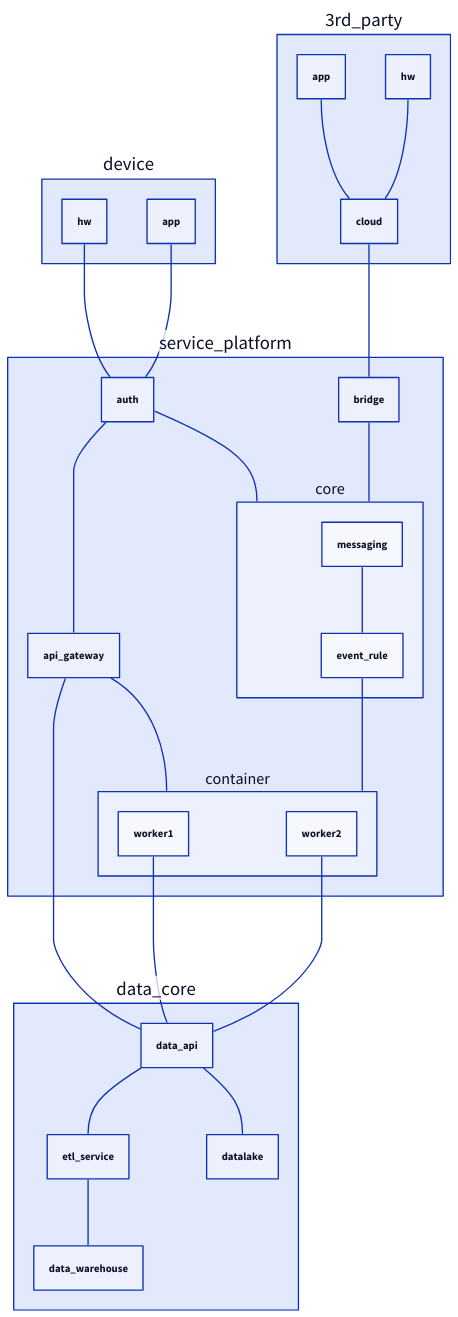
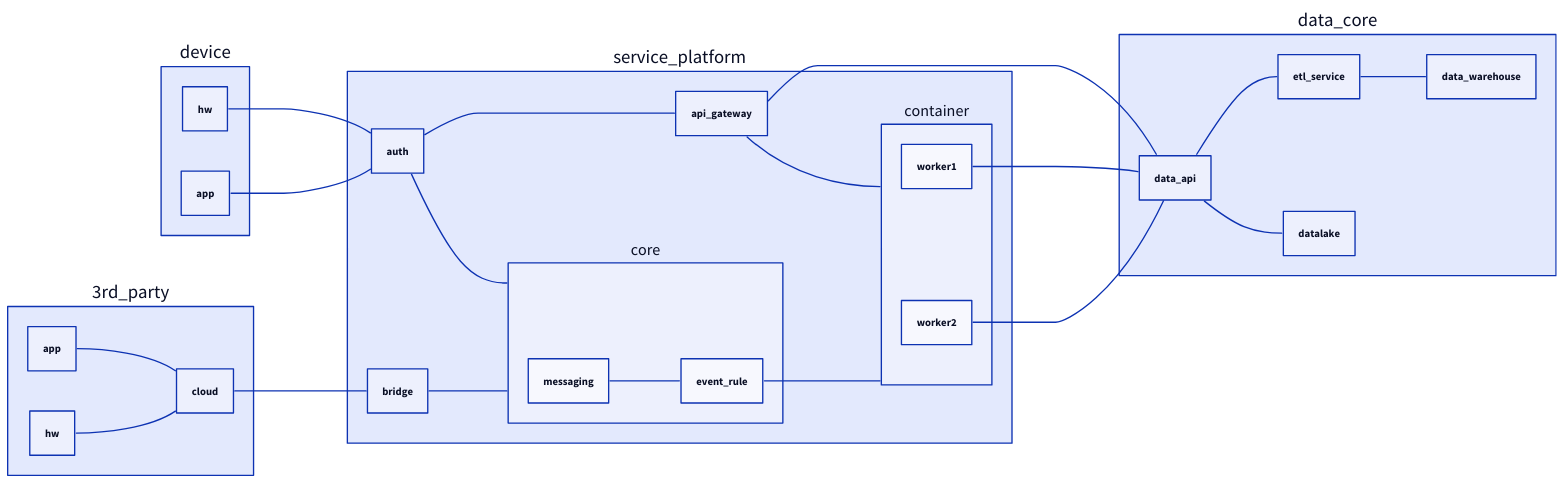
One commit to devchan64/devchan64.github.io changed the diagram in _posts/2024-11-01-message-architecture-and-operational-design.md. Above: the diagram before and after it, drawn with D2. The commit also changed 4 other files, not shown here.

````diff
--- a/_posts/2024-11-01-message-architecture-and-operational-design.md
+++ b/_posts/2024-11-01-message-architecture-and-operational-design.md
@@ -81,21 +81,22 @@
 ```d2
+direction: right
 device.hw -- service_platform.auth -- service_platform.core
 device.app -- service_platform.auth -- service_platform.api_gateway
 
 3rd_party.app -- 3rd_party.cloud
 3rd_party.hw -- 3rd_party.cloud
 3rd_party.cloud -- service_platform.bridge -- service_platform.core
 
 service_platform.core.messaging -- service_platform.core.event_rule
 service_platform.core.event_rule -- service_platform.container
 
 service_platform.api_gateway -- service_platform.container
 service_platform.api_gateway -- data_core.data_api
 
 service_platform.container.worker1 -- data_core.data_api
 service_platform.container.worker2 -- data_core.data_api
 
 data_core.data_api -- data_core.datalake
 data_core.data_api -- data_core.etl_service
 data_core.etl_service -- data_core.data_warehouse
 ```
````
